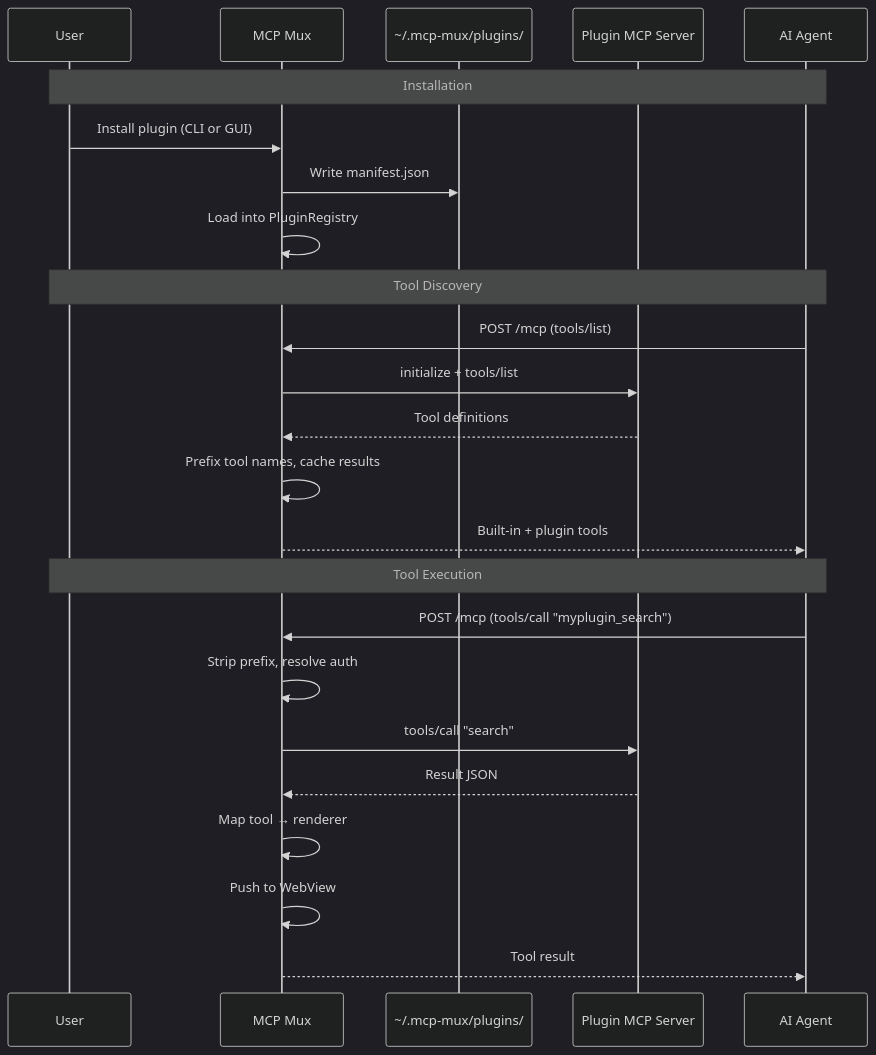
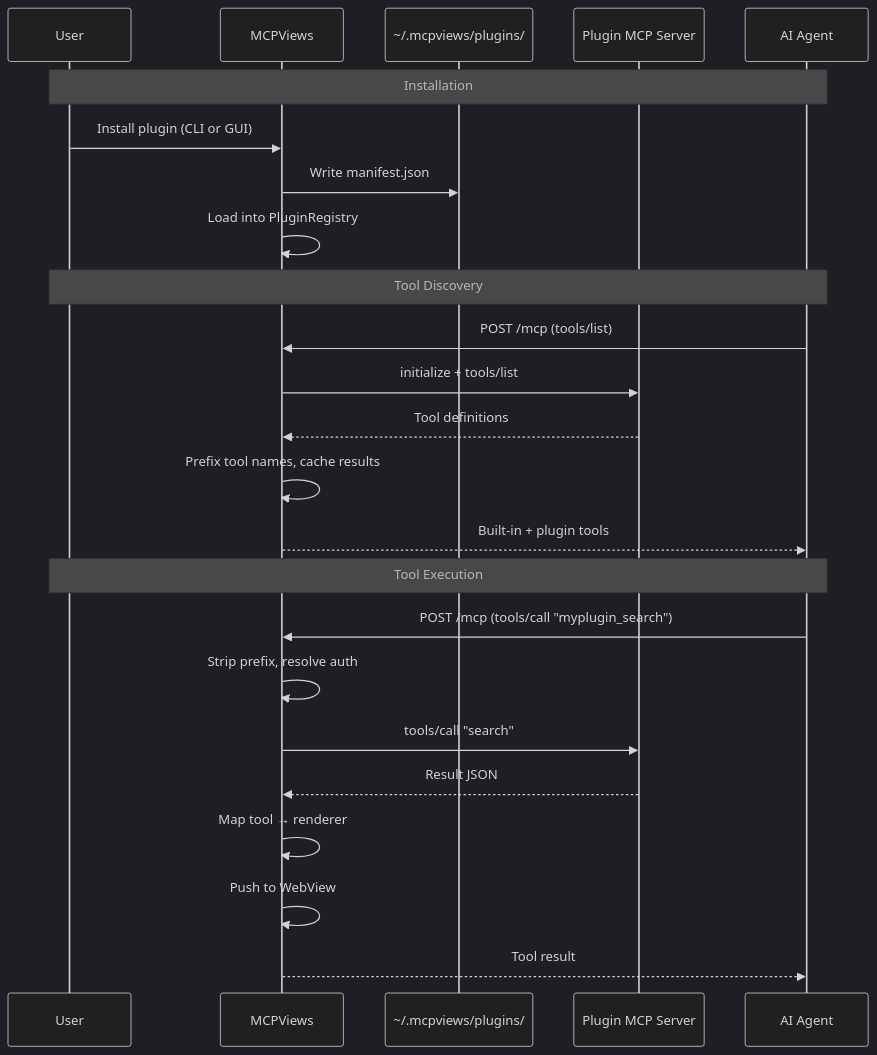
Before and after one commit to DeeJanuz/mcp-mux: the second of 2 diagrams in docs/plugin-development.md, drawn with Mermaid (dark theme). The commit also changed other lines of this file and 42 other files, not shown here.

First line of the commit message:
Rename mcp-mux to mcpviews and add dynamic renderer discovery

````diff
--- a/docs/plugin-development.md
+++ b/docs/plugin-development.md
@@ -51,29 +51,29 @@
 ```mermaid
 sequenceDiagram
     participant User
-    participant MuxApp as MCP Mux
-    participant Disk as ~/.mcp-mux/plugins/
+    participant MuxApp as MCPViews
+    participant Disk as ~/.mcpviews/plugins/
     participant PluginMCP as Plugin MCP Server
     participant Agent as AI Agent
 
     Note over User,Agent: Installation
     User->>MuxApp: Install plugin (CLI or GUI)
     MuxApp->>Disk: Write manifest.json
     MuxApp->>MuxApp: Load into PluginRegistry
 
     Note over User,Agent: Tool Discovery
     Agent->>MuxApp: POST /mcp (tools/list)
     MuxApp->>PluginMCP: initialize + tools/list
     PluginMCP-->>MuxApp: Tool definitions
     MuxApp->>MuxApp: Prefix tool names, cache results
     MuxApp-->>Agent: Built-in + plugin tools
 
     Note over User,Agent: Tool Execution
     Agent->>MuxApp: POST /mcp (tools/call "myplugin_search")
     MuxApp->>MuxApp: Strip prefix, resolve auth
     MuxApp->>PluginMCP: tools/call "search"
     PluginMCP-->>MuxApp: Result JSON
     MuxApp->>MuxApp: Map tool → renderer
     MuxApp->>MuxApp: Push to WebView
     MuxApp-->>Agent: Tool result
 ```
````
